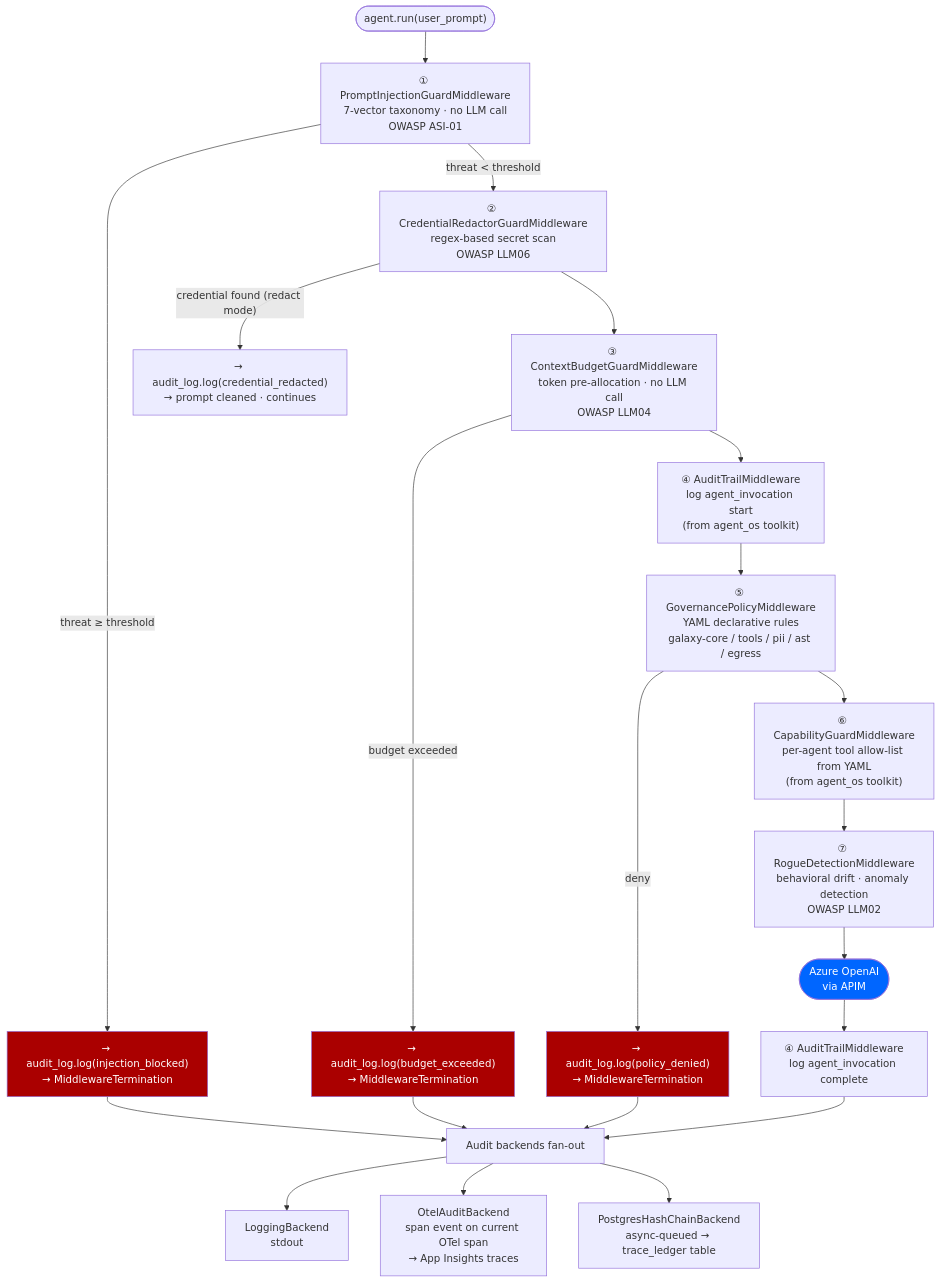
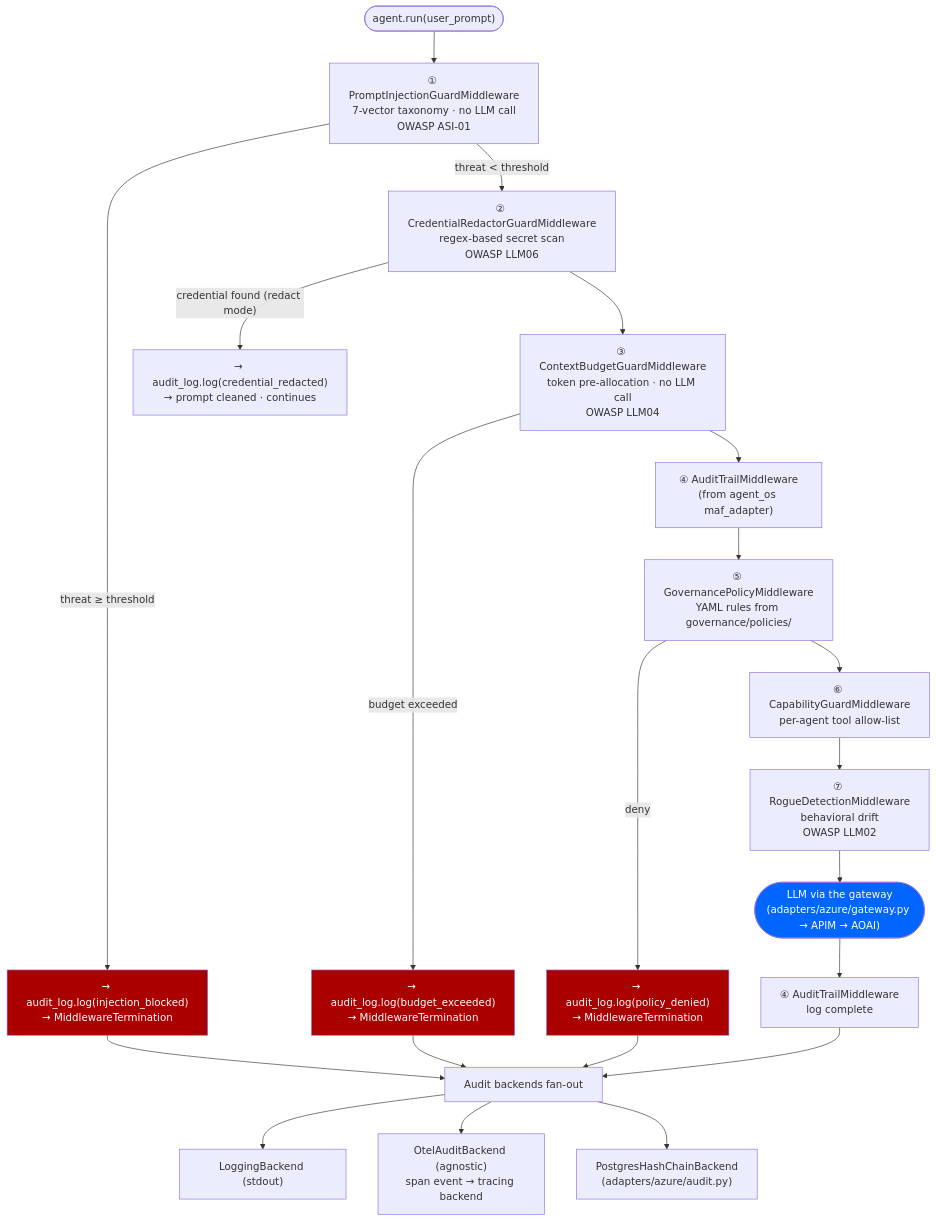
One commit to rlpatrao/agent-gov-sec changed the third of 9 diagrams in docs/architecture.md. Above: the diagram before and after it, drawn with Mermaid. The commit also changed other lines of this file and 42 other files, not shown here.

First line of the commit message:
refactor: cloud-agnostic core + adapters, minimal payload, doc alignment

````diff
--- a/docs/architecture.md
+++ b/docs/architecture.md
@@ -100,48 +181,47 @@
 ```mermaid
 flowchart TD
   Start(["agent.run(user_prompt)"]) --> PI
 
   PI["① PromptInjectionGuardMiddleware\n7-vector taxonomy · no LLM call\nOWASP ASI-01"]
   PI -->|"threat ≥ threshold"| Block1["→ audit_log.log(injection_blocked)\n→ MiddlewareTermination"]
   PI -->|"threat < threshold"| CR
 
   CR["② CredentialRedactorGuardMiddleware\nregex-based secret scan\nOWASP LLM06"]
   CR -->|"credential found (redact mode)"| Redact["→ audit_log.log(credential_redacted)\n→ prompt cleaned · continues"]
   CR --> CB
 
   CB["③ ContextBudgetGuardMiddleware\ntoken pre-allocation · no LLM call\nOWASP LLM04"]
   CB -->|"budget exceeded"| Block2["→ audit_log.log(budget_exceeded)\n→ MiddlewareTermination"]
   CB --> AT
 
-  AT["④ AuditTrailMiddleware\nlog agent_invocation start\n(from agent_os toolkit)"]
+  AT["④ AuditTrailMiddleware\n(from agent_os maf_adapter)"]
   AT --> GP
 
-  GP["⑤ GovernancePolicyMiddleware\nYAML declarative rules\ngalaxy-core / tools / pii / ast / egress"]
+  GP["⑤ GovernancePolicyMiddleware\nYAML rules from governance/policies/"]
   GP -->|"deny"| Block3["→ audit_log.log(policy_denied)\n→ MiddlewareTermination"]
   GP --> Cap
 
-  Cap["⑥ CapabilityGuardMiddleware\nper-agent tool allow-list from YAML\n(from agent_os toolkit)"]
+  Cap["⑥ CapabilityGuardMiddleware\nper-agent tool allow-list"]
   Cap --> RD
 
-  RD["⑦ RogueDetectionMiddleware\nbehavioral drift · anomaly detection\nOWASP LLM02"]
+  RD["⑦ RogueDetectionMiddleware\nbehavioral drift\nOWASP LLM02"]
   RD --> LLM
 
-  LLM(["Azure OpenAI\nvia APIM"])
+  LLM(["LLM via the gateway\n(adapters/azure/gateway.py → APIM → AOAI)"])
 
-  LLM --> AT_out["④ AuditTrailMiddleware\nlog agent_invocation complete"]
+  LLM --> AT_out["④ AuditTrailMiddleware\nlog complete"]
   AT_out --> Sinks
-
   Block1 --> Sinks
   Block2 --> Sinks
   Block3 --> Sinks
 
   Sinks["Audit backends fan-out"]
-  Sinks --> Log["LoggingBackend\nstdout"]
-  Sinks --> Otel["OtelAuditBackend\nspan event on current OTel span\n→ App Insights traces"]
-  Sinks --> PG["PostgresHashChainBackend\nasync-queued → trace_ledger table"]
+  Sinks --> Log["LoggingBackend (stdout)"]
+  Sinks --> Otel["OtelAuditBackend (agnostic)\nspan event → tracing backend"]
+  Sinks --> PG["PostgresHashChainBackend\n(adapters/azure/audit.py)"]
 
   classDef block fill:#a00,color:#fff
   classDef azure fill:#06f,color:#fff
   class Block1,Block2,Block3 block
   class LLM azure
 ```
````
